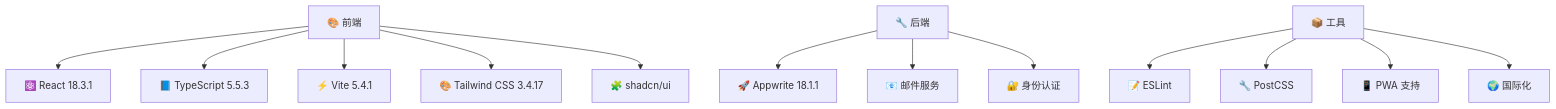
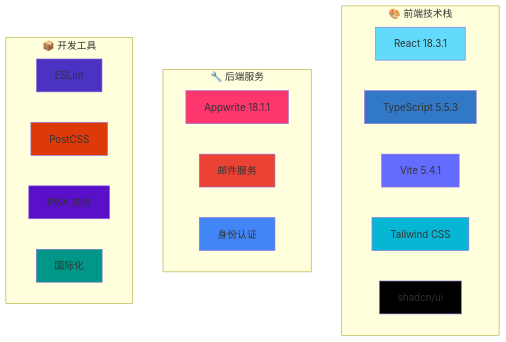
The first of 2 diagrams in docs/zh-CN/README.md (ansonlo-dev/LingUBible), drawn with Mermaid before and after one commit. The commit also changed other lines of this file and 2 other files, not shown here.

````diff
--- a/docs/zh-CN/README.md
+++ b/docs/zh-CN/README.md
@@ -105,17 +124,36 @@
 ```mermaid
-graph TB
-    A[🎨 前端] --> B[⚛️ React 18.3.1]
-    A --> C[📘 TypeScript 5.5.3]
-    A --> D[⚡ Vite 5.4.1]
-    A --> E[🎨 Tailwind CSS 3.4.17]
-    A --> F[🧩 shadcn/ui]
+graph TD
+    subgraph "🎨 前端技术栈"
+        A[React 18.3.1]
+        B[TypeScript 5.5.3]
+        C[Vite 5.4.1]
+        D[Tailwind CSS]
+        E[shadcn/ui]
+    end
     
-    G[🔧 后端] --> H[🚀 Appwrite 18.1.1]
-    G --> I[📧 邮件服务]
-    G --> J[🔐 身份认证]
+    subgraph "🔧 后端服务"
+        F[Appwrite 18.1.1]
+        G[邮件服务]
+        H[身份认证]
+    end
     
-    K[📦 工具] --> L[📝 ESLint]
-    K --> M[🔧 PostCSS]
-    K --> N[📱 PWA 支持]
-    K --> O[🌍 国际化]
+    subgraph "📦 开发工具"
+        I[ESLint]
+        J[PostCSS]
+        K[PWA 支持]
+        L[国际化]
+    end
+    
+    style A fill:#61dafb
+    style B fill:#3178c6
+    style C fill:#646cff
+    style D fill:#06b6d4
+    style E fill:#000000
+    style F fill:#fd366e
+    style G fill:#ea4335
+    style H fill:#4285f4
+    style I fill:#4b32c3
+    style J fill:#dd3a0a
+    style K fill:#5a0fc8
+    style L fill:#009688
 ```
````
